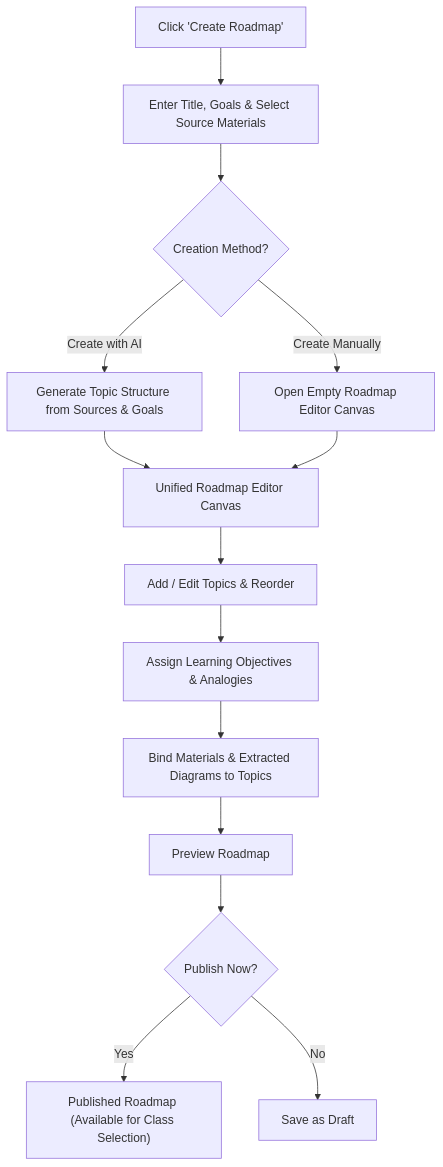
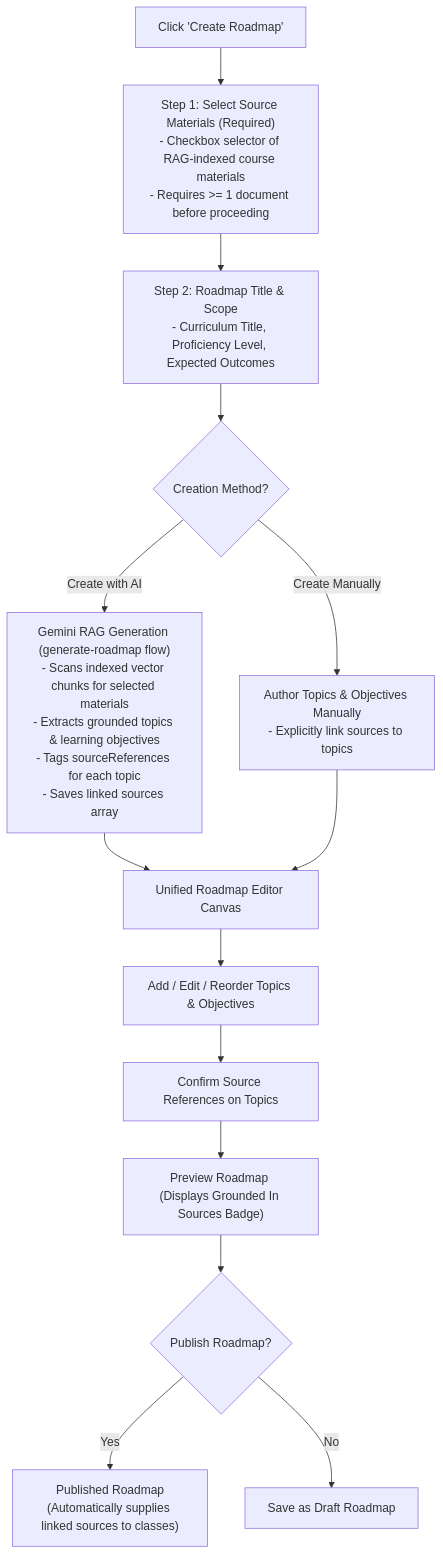
One commit to shreyas0b0acharya/IntelliClass-AI-Gemini-Live changed the ninth of 28 diagrams in docs/architecture/flow.md. Above: the diagram before and after it, drawn with Mermaid. The commit also changed other lines of this file and 99 other files, not shown here.

````diff
--- a/docs/architecture/flow.md
+++ b/docs/architecture/flow.md
@@ -364,20 +362,20 @@
 ```mermaid
 flowchart TD
-    StartRM["Click 'Create Roadmap'"] --> FormDetails["Enter Title, Goals & Select Source Materials"]
-    FormDetails --> MethodChoice{"Creation Method?"}
+    StartRM["Click 'Create Roadmap'"] --> Step1["Step 1: Select Source Materials (Required)\n- Checkbox selector of RAG-indexed course materials\n- Requires >= 1 document before proceeding"]
+    Step1 --> Step2["Step 2: Roadmap Title & Scope\n- Curriculum Title, Proficiency Level, Expected Outcomes"]
+    Step2 --> MethodChoice{"Creation Method?"}
 
-    MethodChoice -->|"Create with AI"| GenAI["Generate Topic Structure from Sources & Goals"]
-    MethodChoice -->|"Create Manually"| Manual["Open Empty Roadmap Editor Canvas"]
+    MethodChoice -->|"Create with AI"| GenAI["Gemini RAG Generation (generate-roadmap flow)\n- Scans indexed vector chunks for selected materials\n- Extracts grounded topics & learning objectives\n- Tags sourceReferences for each topic\n- Saves linked sources array"]
+    MethodChoice -->|"Create Manually"| Manual["Author Topics & Objectives Manually\n- Explicitly link sources to topics"]
 
     GenAI --> Editor["Unified Roadmap Editor Canvas"]
     Manual --> Editor
 
-    Editor --> EditTopics["Add / Edit Topics & Reorder"]
-    EditTopics --> AssignObj["Assign Learning Objectives & Analogies"]
-    AssignObj --> LinkSources["Bind Materials & Extracted Diagrams to Topics"]
-    LinkSources --> PreviewRM["Preview Roadmap"]
+    Editor --> EditTopics["Add / Edit / Reorder Topics & Objectives"]
+    EditTopics --> TagSources["Confirm Source References on Topics"]
+    TagSources --> PreviewRM["Preview Roadmap (Displays Grounded In Sources Badge)"]
 
-    PreviewRM --> PublishChoice{"Publish Now?"}
-    PublishChoice -->|"Yes"| Published["Published Roadmap (Available for Class Selection)"]
-    PublishChoice -->|"No"| Draft["Save as Draft"]
+    PreviewRM --> PublishChoice{"Publish Roadmap?"}
+    PublishChoice -->|"Yes"| Published["Published Roadmap\n(Automatically supplies linked sources to classes)"]
+    PublishChoice -->|"No"| Draft["Save as Draft Roadmap"]
 ```
````
